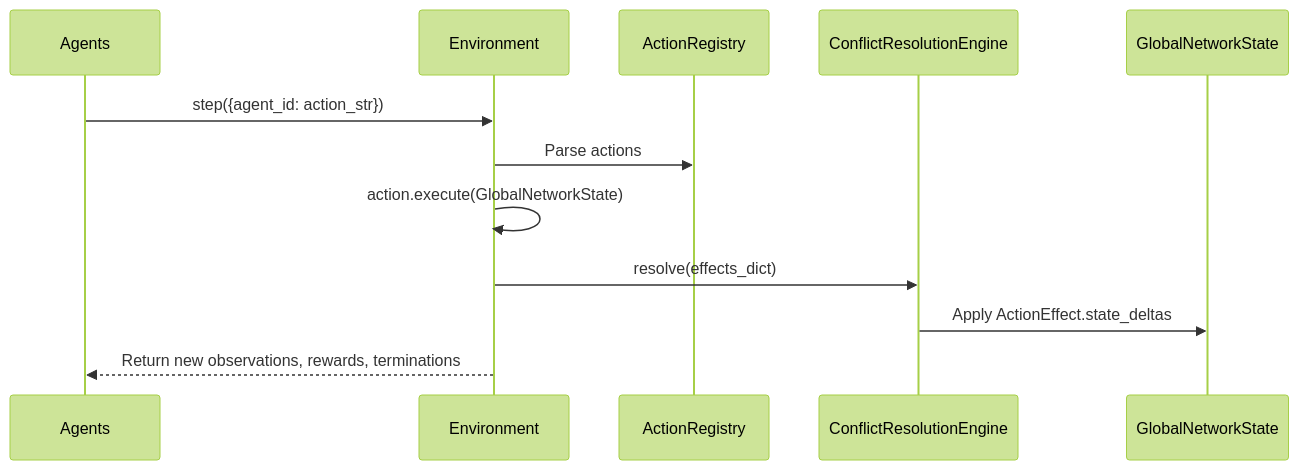
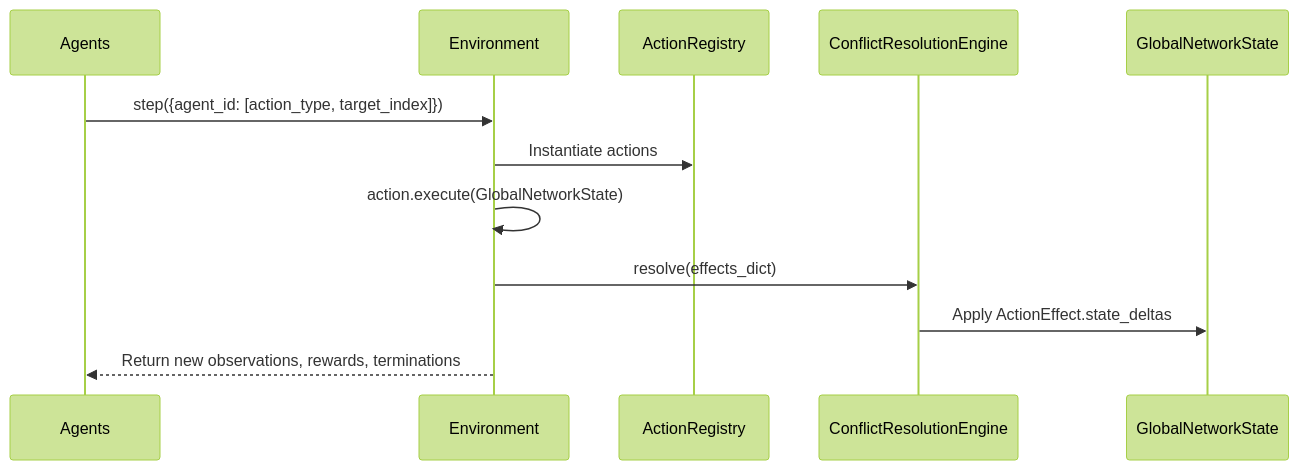
One commit to reforcemind/NetForge_RL changed the first of 2 diagrams in docs/architecture/overview.md. Above: the diagram before and after it, drawn with Mermaid (forest theme). The commit also changed other lines of this file and 4 other files, not shown here.

````diff
--- a/docs/architecture/overview.md
+++ b/docs/architecture/overview.md
@@ -6,15 +6,15 @@
 ```mermaid
 sequenceDiagram
     participant Agents
     participant Environment
     participant ActionRegistry
     participant ConflictResolutionEngine
     participant GlobalNetworkState
 
-    Agents->>Environment: step({agent_id: action_str})
-    Environment->>ActionRegistry: Parse actions
+    Agents->>Environment: step({agent_id: [action_type, target_index]})
+    Environment->>ActionRegistry: Instantiate actions
     Environment->>Environment: action.execute(GlobalNetworkState)
     Environment->>ConflictResolutionEngine: resolve(effects_dict)
     ConflictResolutionEngine->>GlobalNetworkState: Apply ActionEffect.state_deltas
     Environment-->>Agents: Return new observations, rewards, terminations
 ```
````
